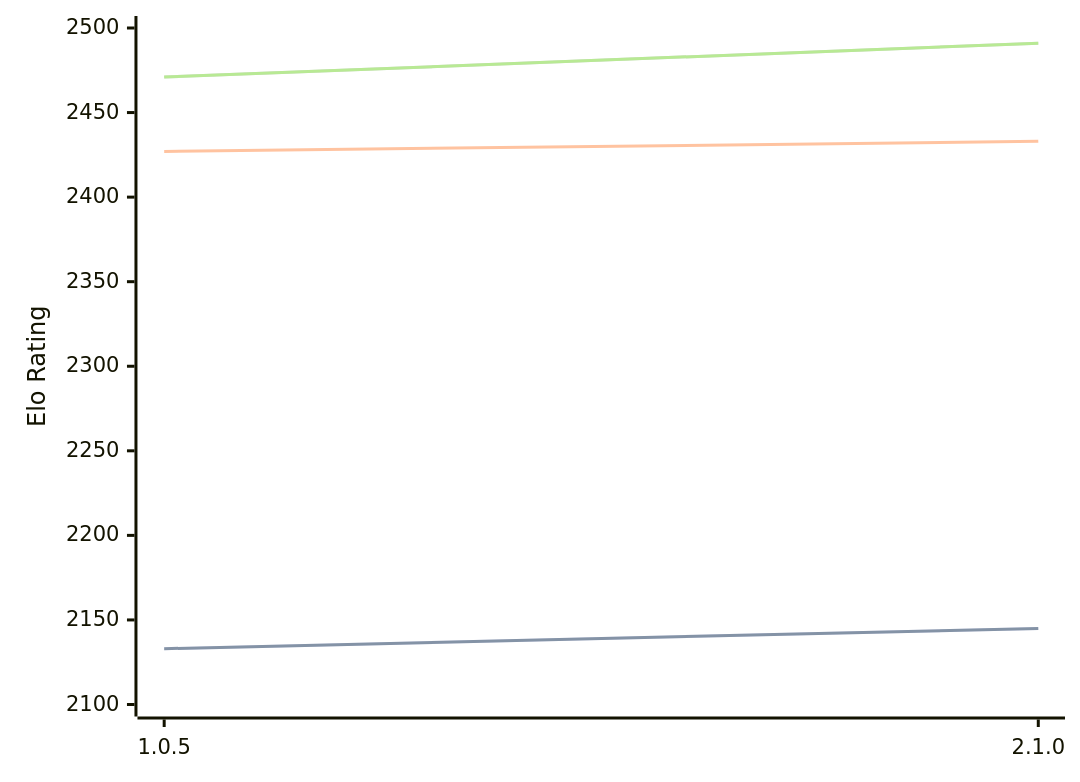
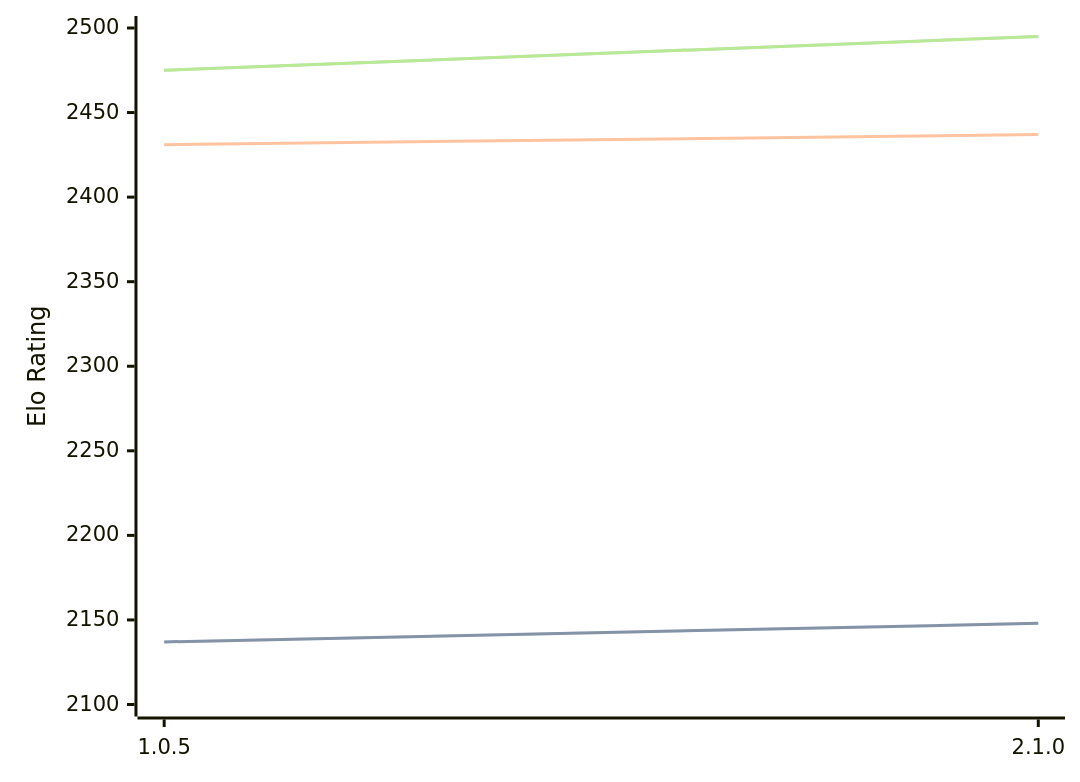
One commit to computer-chess-index/cci changed the diagram in engines/Ruffian.md. Above: the diagram before and after it, drawn with Mermaid. The commit also changed other lines of this file, not shown here.

Commit message:
Update CCI Ratings (ELO VLTC) - 2026-08-18

````diff
--- a/engines/Ruffian.md
+++ b/engines/Ruffian.md
@@ -32,11 +32,11 @@
 ```mermaid
 %%{init: {"theme":"base","themeVariables":{"seriesColors:['#a3a3a3','#222221','#faa371']}}}%%
 xychart-beta
   x-axis ["1.0.5", "2.1.0"]
   y-axis "Elo Rating" 2100 --> 2500
-  line "STC (8.0+0.08s)" [2133, 2145]
-  line "STC (8.0+0.08s)" [2133, 2145]
-  line "LTC (60.0+0.60s)" [2427, 2433]
-  line "VLTC (2m24s+1.12s)" [2471, 2491]
-  line "VLTC (2m24s+1.12s)" [2471, 2491]
+  line "STC (8.0+0.08s)" [2137, 2148]
+  line "STC (8.0+0.08s)" [2137, 2148]
+  line "LTC (60.0+0.60s)" [2431, 2437]
+  line "VLTC (2m24s+1.12s)" [2475, 2495]
+  line "VLTC (2m24s+1.12s)" [2475, 2495]
 ```
````
